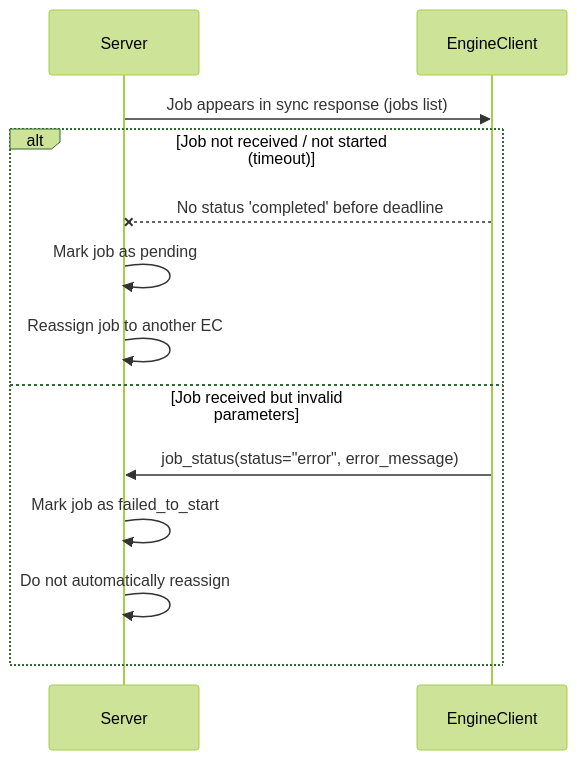
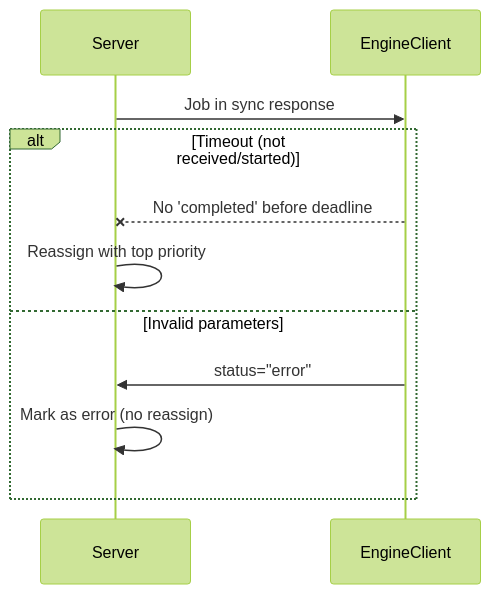
The second of 2 diagrams in ES_JOB_MANAGEMENT.md (UrKr/woshichart), drawn with Mermaid (forest theme) before and after one commit. The commit also changed other lines of this file, not shown here.

````diff
--- a/ES_JOB_MANAGEMENT.md
+++ b/ES_JOB_MANAGEMENT.md
@@ -118,16 +112,14 @@
 ```mermaid
 sequenceDiagram
     participant Server
     participant EC as EngineClient
 
-    Server->>EC: Job appears in sync response (jobs list)
-    alt Job not received / not started (timeout)
-        EC--xServer: No status 'completed' before deadline
-        Server->>Server: Mark job as pending
-        Server->>Server: Reassign job to another EC
-    else Job received but invalid parameters
-        EC->>Server: job_status(status="error", error_message)
-        Server->>Server: Mark job as failed_to_start
-        Server->>Server: Do not automatically reassign
+    Server->>EC: Job in sync response
+    alt Timeout (not received/started)
+        EC--xServer: No 'completed' before deadline
+        Server->>Server: Reassign with top priority
+    else Invalid parameters
+        EC->>Server: status="error"
+        Server->>Server: Mark as error (no reassign)
     end
 ```
````
